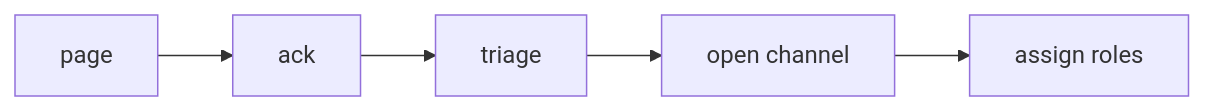
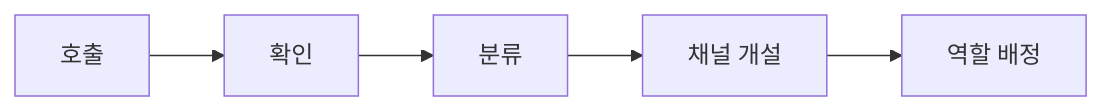
Before and after one commit to yeongseon-books/book-content: the diagram in content/incident-response-101/ko/03-initial-response.md, drawn with Mermaid. The commit also changed other lines of this file and 9 other files, not shown here.

````diff
--- a/content/incident-response-101/ko/03-initial-response.md
+++ b/content/incident-response-101/ko/03-initial-response.md
@@ -33,7 +49,7 @@
 ```mermaid
 flowchart LR
-    Page["page"] --> Ack["ack"]
-    Ack --> Triage["triage"]
-    Triage --> Channel["open channel"]
-    Channel --> Roles["assign roles"]
+    Page["호출"] --> Ack["확인"]
+    Ack --> Triage["분류"]
+    Triage --> Channel["채널 개설"]
+    Channel --> Roles["역할 배정"]
 ```
````
